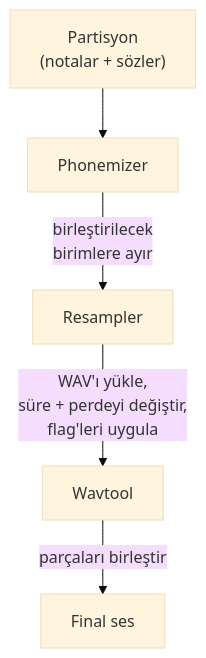
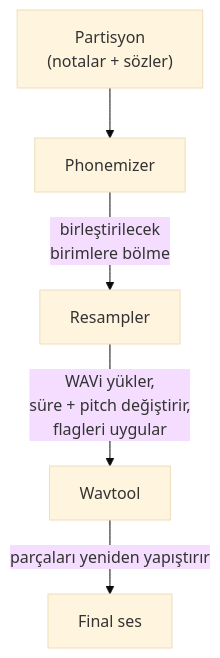
One commit to fox3000foxy/fox3000foxy.github.io changed the second of 2 diagrams in public/articles/tr/utau.md. Above: the diagram before and after it, drawn with Mermaid (base theme). The commit also changed other lines of this file and 576 other files, not shown here.

````diff
--- a/public/articles/tr/utau.md
+++ b/public/articles/tr/utau.md
@@ -118,7 +118,7 @@
 ```mermaid
 flowchart TD
     A["Partisyon<br/>(notalar + sözler)"] --> B[Phonemizer]
-    B -->|"birleştirilecek<br/>birimlere ayır"| C[Resampler]
-    C -->|"WAV'ı yükle,<br/>süre + perdeyi değiştir,<br/>flag'leri uygula"| D[Wavtool]
-    D -->|"parçaları birleştir"| E["Final ses"]
+    B -->|"birleştirilecek<br/>birimlere bölme"| C[Resampler]
+    C -->|"WAVi yükler,<br/>süre + pitch değiştirir,<br/>flagleri uygular"| D[Wavtool]
+    D -->|"parçaları yeniden yapıştırır"| E["Final ses"]
 ```
````
